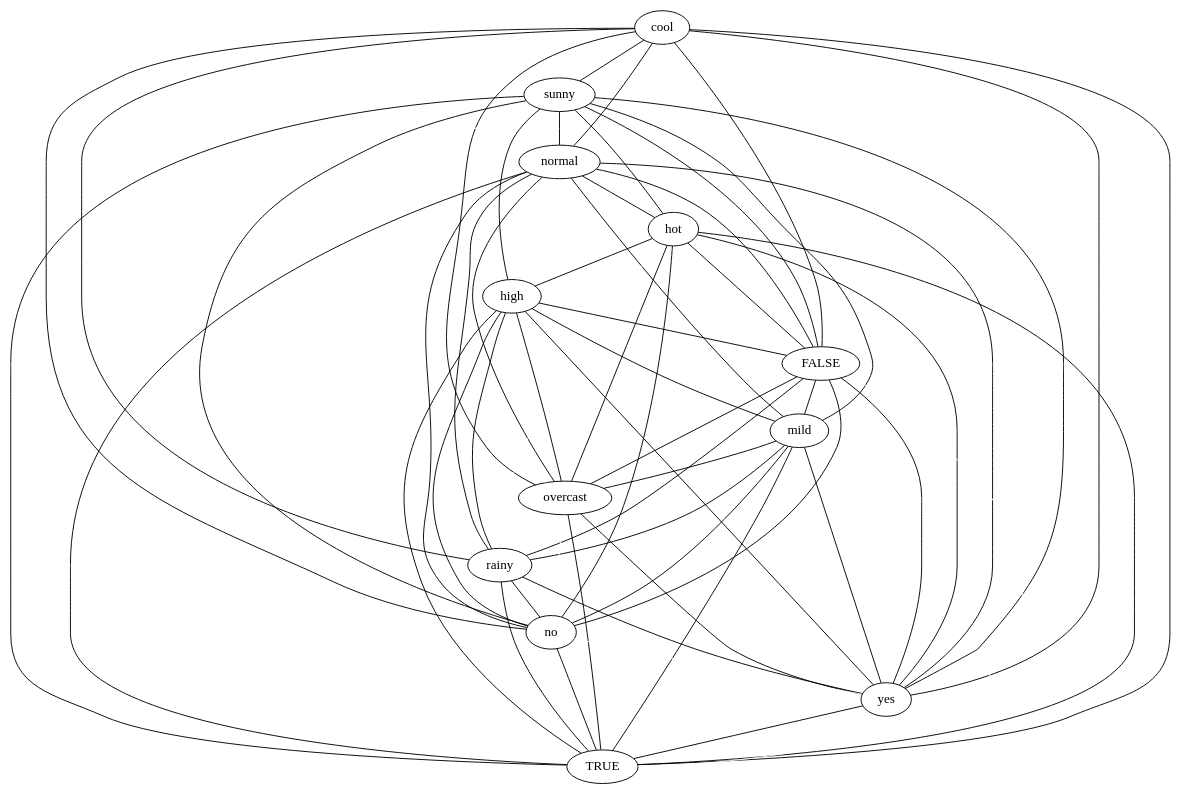
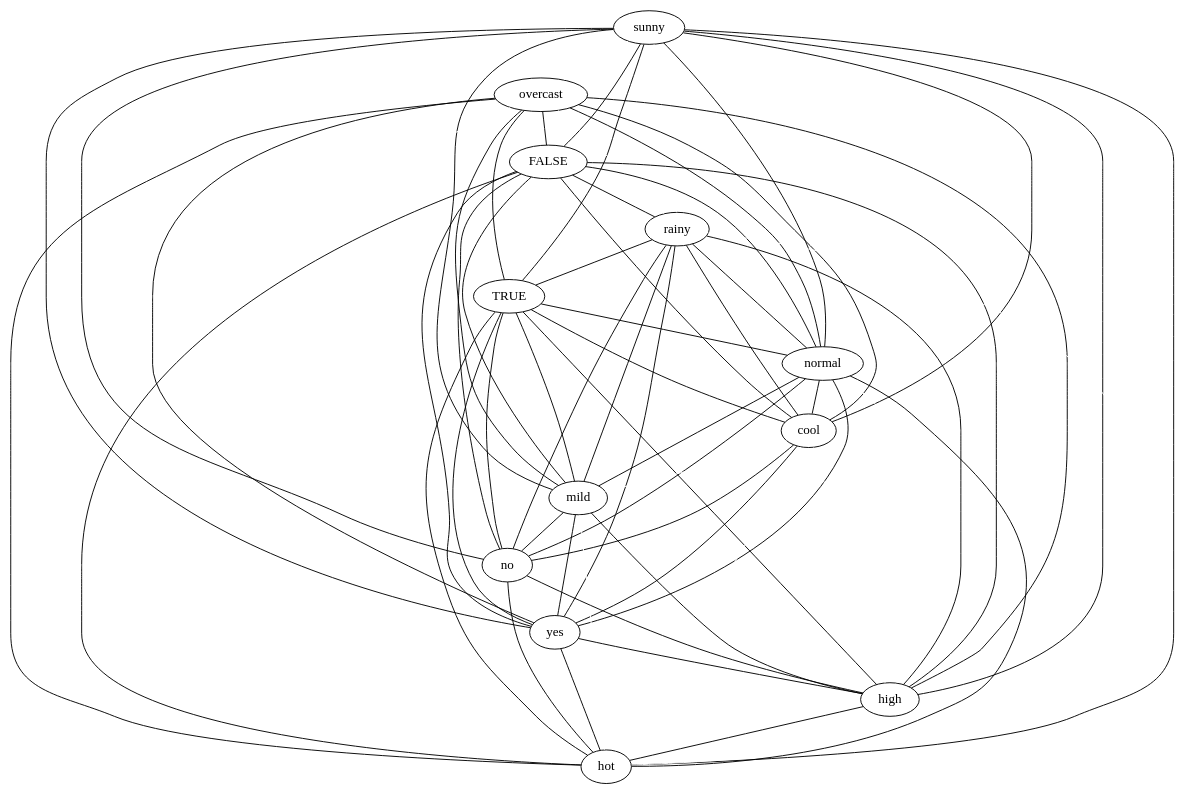
Before and after one commit to lrodrin/TFG: the diagram in src/final/plainGraph.dot, drawn with Graphviz. The commit also changed 4 other files, not shown here.

```diff
--- a/src/final/plainGraph.dot
+++ b/src/final/plainGraph.dot
@@ -1,80 +1,80 @@
 strict graph "" {
+sunny;
+overcast;
+FALSE;
+rainy;
+TRUE;
+normal;
 cool;
-sunny;
-normal;
-hot;
-high;
-FALSE;
 mild;
-overcast;
-rainy;
 no;
 yes;
-TRUE;
+high;
+hot;
+sunny -- TRUE  [color=black];
+sunny -- normal  [color=black];
+sunny -- cool  [color=black];
+sunny -- mild  [color=black];
+sunny -- overcast  [color=white];
+sunny -- FALSE  [color=black];
+sunny -- no  [color=black];
+sunny -- yes  [color=black];
+sunny -- high  [color=black];
+sunny -- hot  [color=black];
+sunny -- rainy  [color=white];
+overcast -- TRUE  [color=black];
+overcast -- normal  [color=black];
+overcast -- cool  [color=black];
+overcast -- no  [color=white];
+overcast -- mild  [color=black];
+overcast -- FALSE  [color=black];
+overcast -- yes  [color=black];
+overcast -- high  [color=black];
+overcast -- hot  [color=black];
+overcast -- rainy  [color=white];
+FALSE -- TRUE  [color=white];
+FALSE -- normal  [color=black];
+FALSE -- cool  [color=black];
+FALSE -- mild  [color=black];
+FALSE -- no  [color=black];
+FALSE -- yes  [color=black];
+FALSE -- high  [color=black];
+FALSE -- hot  [color=black];
+FALSE -- rainy  [color=black];
+rainy -- TRUE  [color=black];
+rainy -- normal  [color=black];
+rainy -- cool  [color=black];
+rainy -- mild  [color=black];
+rainy -- no  [color=black];
+rainy -- yes  [color=black];
+rainy -- high  [color=black];
+rainy -- hot  [color=white];
+TRUE -- no  [color=black];
+TRUE -- normal  [color=black];
+TRUE -- cool  [color=black];
+TRUE -- mild  [color=black];
+TRUE -- yes  [color=black];
+TRUE -- high  [color=black];
+TRUE -- hot  [color=black];
+normal -- cool  [color=black];
+normal -- no  [color=black];
+normal -- mild  [color=black];
+normal -- yes  [color=black];
+normal -- high  [color=white];
+normal -- hot  [color=black];
+cool -- mild  [color=white];
+cool -- no  [color=black];
+cool -- yes  [color=black];
+cool -- high  [color=white];
 cool -- hot  [color=white];
-cool -- sunny  [color=black];
-cool -- yes  [color=black];
-cool -- normal  [color=black];
-cool -- high  [color=white];
-cool -- TRUE  [color=black];
-cool -- no  [color=black];
-cool -- FALSE  [color=black];
-cool -- overcast  [color=black];
-cool -- rainy  [color=black];
-cool -- mild  [color=white];
-sunny -- hot  [color=black];
-sunny -- yes  [color=black];
-sunny -- normal  [color=black];
-sunny -- high  [color=black];
-sunny -- TRUE  [color=black];
-sunny -- no  [color=black];
-sunny -- FALSE  [color=black];
-sunny -- overcast  [color=white];
-sunny -- rainy  [color=white];
-sunny -- mild  [color=black];
-normal -- hot  [color=black];
-normal -- yes  [color=black];
-normal -- overcast  [color=black];
-normal -- high  [color=white];
-normal -- no  [color=black];
-normal -- FALSE  [color=black];
-normal -- TRUE  [color=black];
-normal -- rainy  [color=black];
-normal -- mild  [color=black];
-hot -- yes  [color=black];
-hot -- FALSE  [color=black];
-hot -- TRUE  [color=black];
-hot -- no  [color=black];
-hot -- high  [color=black];
-hot -- overcast  [color=black];
-hot -- rainy  [color=white];
-hot -- mild  [color=white];
-high -- yes  [color=black];
-high -- FALSE  [color=black];
-high -- TRUE  [color=black];
-high -- no  [color=black];
-high -- overcast  [color=black];
-high -- rainy  [color=black];
-high -- mild  [color=black];
-FALSE -- yes  [color=black];
-FALSE -- TRUE  [color=white];
-FALSE -- no  [color=black];
-FALSE -- overcast  [color=black];
-FALSE -- rainy  [color=black];
-FALSE -- mild  [color=black];
+mild -- no  [color=black];
 mild -- yes  [color=black];
-mild -- TRUE  [color=black];
-mild -- no  [color=black];
-mild -- rainy  [color=black];
-mild -- overcast  [color=black];
-overcast -- yes  [color=black];
-overcast -- TRUE  [color=black];
-overcast -- no  [color=white];
-overcast -- rainy  [color=white];
-rainy -- yes  [color=black];
-rainy -- TRUE  [color=black];
-rainy -- no  [color=black];
+mild -- high  [color=black];
+mild -- hot  [color=white];
 no -- yes  [color=white];
-no -- TRUE  [color=black];
-yes -- TRUE  [color=black];
+no -- high  [color=black];
+no -- hot  [color=black];
+yes -- high  [color=black];
+yes -- hot  [color=black];
+high -- hot  [color=black];
 }
```
